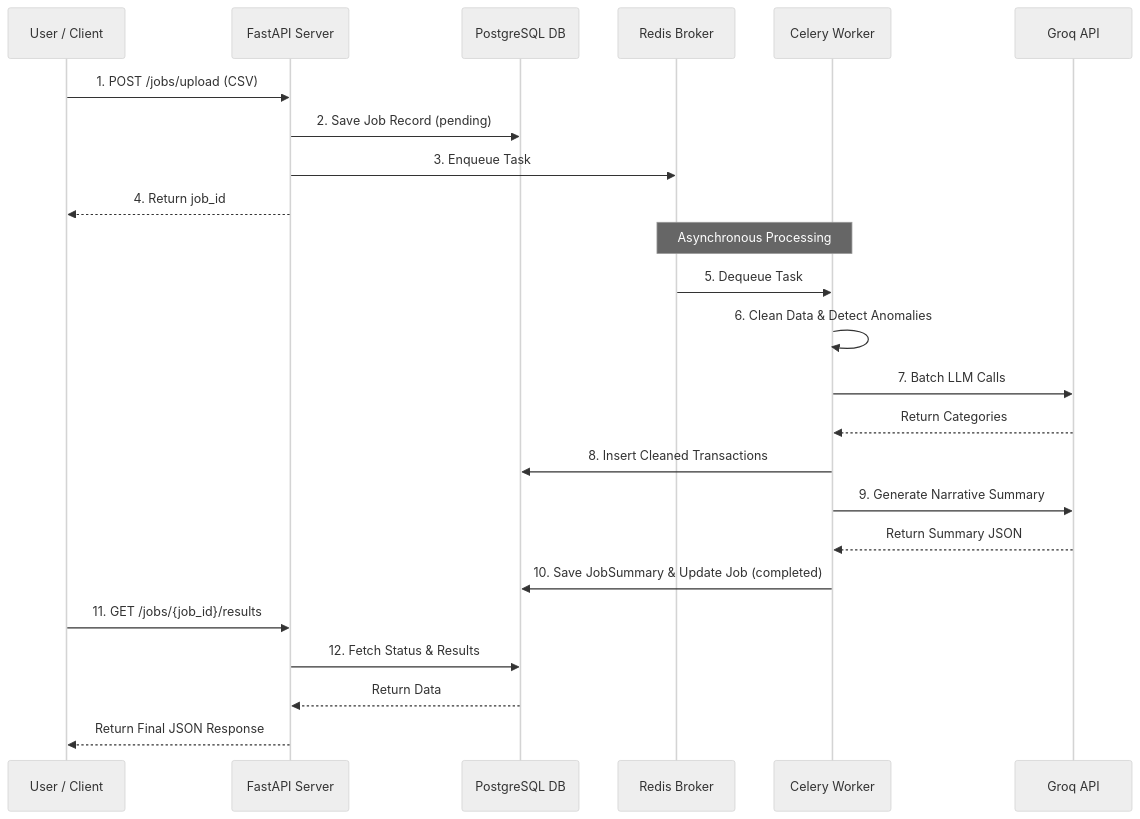
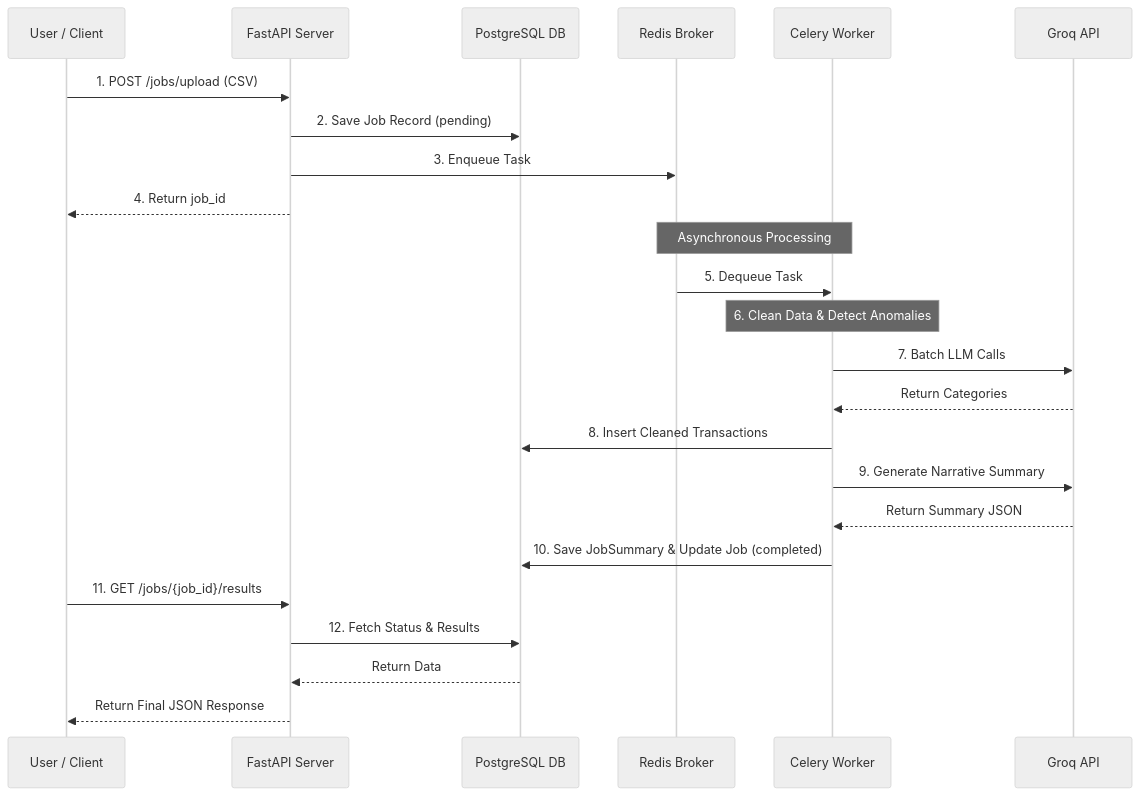
One commit to artorias-66/Alemeno-Assignment changed the diagram in README.md. Above: the diagram before and after it, drawn with Mermaid (neutral theme).

Commit message:
docs: fix self-loop in sequence diagram

````diff
--- a/README.md
+++ b/README.md
@@ -81,29 +81,29 @@
 ```mermaid
 sequenceDiagram
     participant U as User / Client
     participant A as FastAPI Server
     participant D as PostgreSQL DB
     participant R as Redis Broker
     participant W as Celery Worker
     participant L as Groq API
 
     U->>A: 1. POST /jobs/upload (CSV)
     A->>D: 2. Save Job Record (pending)
     A->>R: 3. Enqueue Task
     A-->>U: 4. Return job_id
     
     Note over R, W: Asynchronous Processing
     R->>W: 5. Dequeue Task
-    W->>W: 6. Clean Data & Detect Anomalies
+    Note over W: 6. Clean Data & Detect Anomalies
     W->>L: 7. Batch LLM Calls
     L-->>W: Return Categories
     W->>D: 8. Insert Cleaned Transactions
     W->>L: 9. Generate Narrative Summary
     L-->>W: Return Summary JSON
     W->>D: 10. Save JobSummary & Update Job (completed)
     
     U->>A: 11. GET /jobs/{job_id}/results
     A->>D: 12. Fetch Status & Results
     D-->>A: Return Data
     A-->>U: Return Final JSON Response
 ```
````
